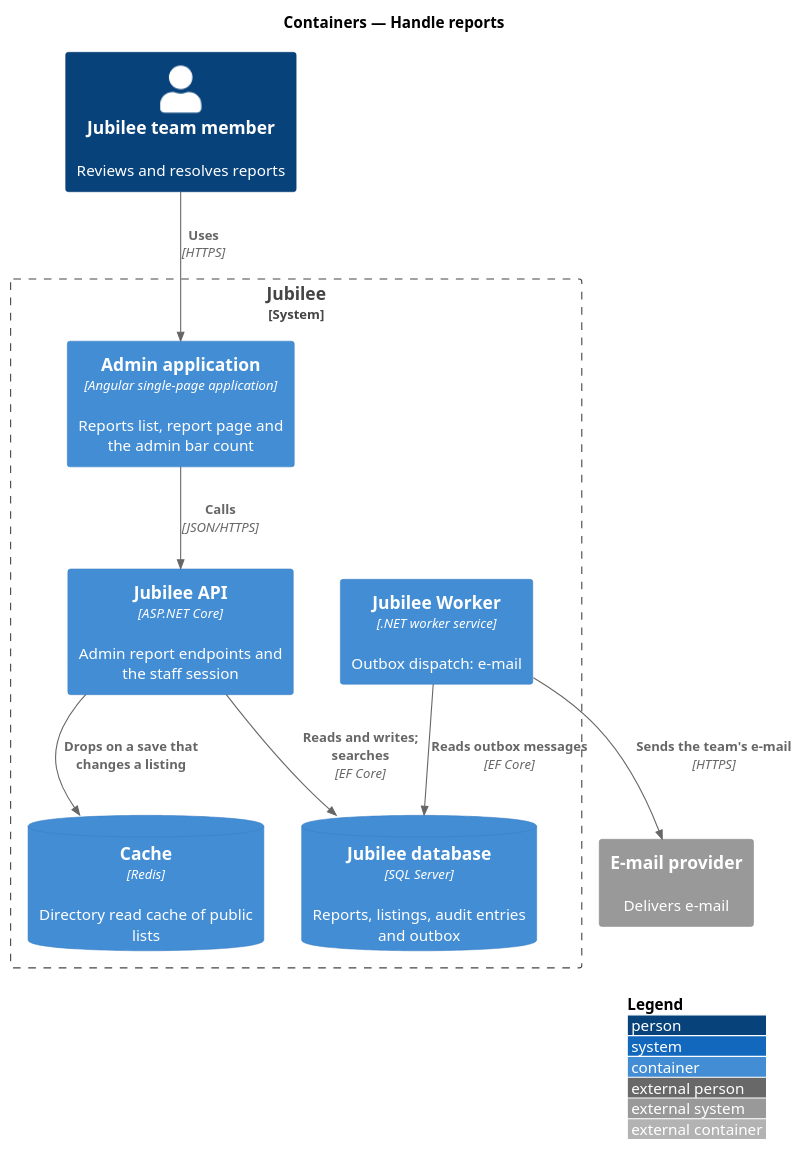
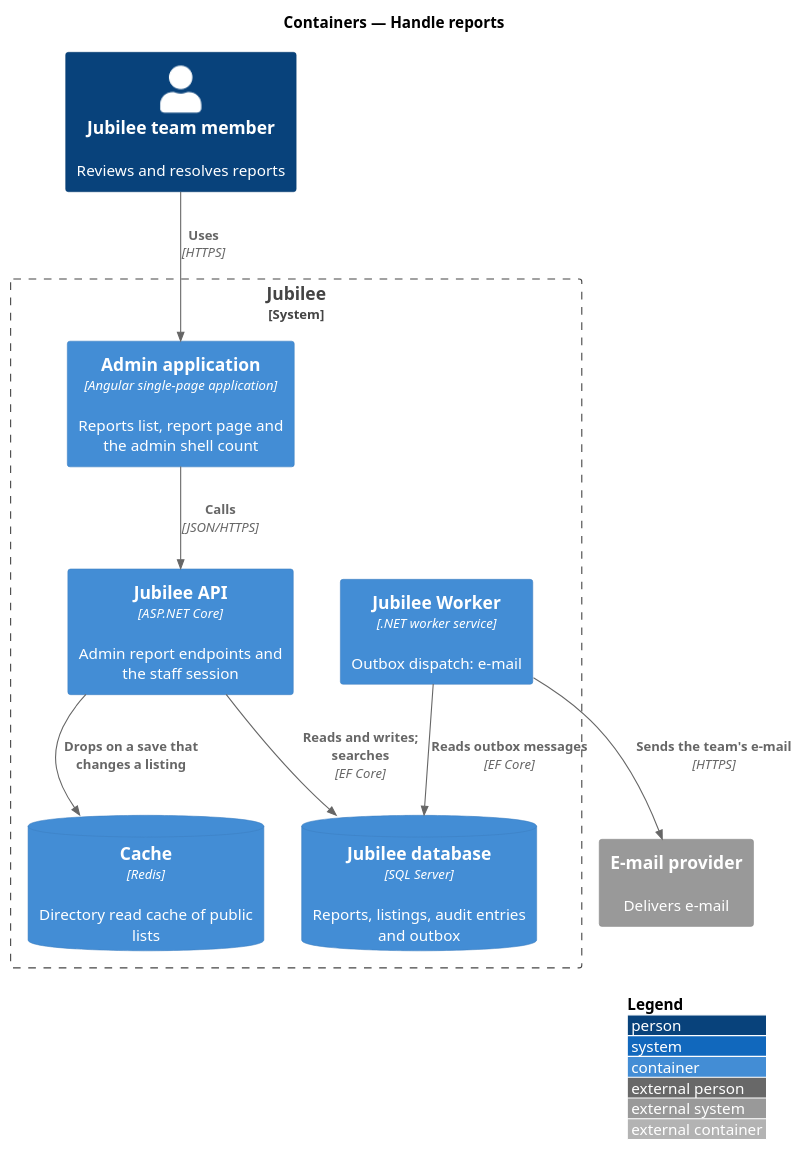
Before and after one commit to QuinntyneBrown/jubilee: the diagram in docs/detailed-designs/moderation/handle-reports/diagrams/c4-container.puml, drawn with PlantUML. The commit also changed 81 other files, not shown here.

First line of the commit message:
docs(admin): design the schema-driven admin application (journey 35)

```diff
--- a/docs/detailed-designs/moderation/handle-reports/diagrams/c4-container.puml
+++ b/docs/detailed-designs/moderation/handle-reports/diagrams/c4-container.puml
@@ -1,21 +1,21 @@
 @startuml
 !include <C4/C4_Container>
 LAYOUT_WITH_LEGEND()
 title Containers — Handle reports
 Person(moderator, "Jubilee team member", "Reviews and resolves reports")
 System_Boundary(jubilee, "Jubilee") {
-  Container(admin, "Admin application", "Angular single-page application", "Reports list, report page and the admin bar count")
+  Container(admin, "Admin application", "Angular single-page application", "Reports list, report page and the admin shell count")
   Container(api, "Jubilee API", "ASP.NET Core", "Admin report endpoints and the staff session")
   Container(worker, "Jubilee Worker", ".NET worker service", "Outbox dispatch: e-mail")
   ContainerDb(db, "Jubilee database", "SQL Server", "Reports, listings, audit entries and outbox")
   ContainerDb(cache, "Cache", "Redis", "Directory read cache of public lists")
 }
 System_Ext(email, "E-mail provider", "Delivers e-mail")
 
 Rel(moderator, admin, "Uses", "HTTPS")
 Rel(admin, api, "Calls", "JSON/HTTPS")
 Rel(api, db, "Reads and writes; searches", "EF Core")
 Rel(api, cache, "Drops on a save that changes a listing")
 Rel(worker, db, "Reads outbox messages", "EF Core")
 Rel(worker, email, "Sends the team's e-mail", "HTTPS")
 @enduml
```
